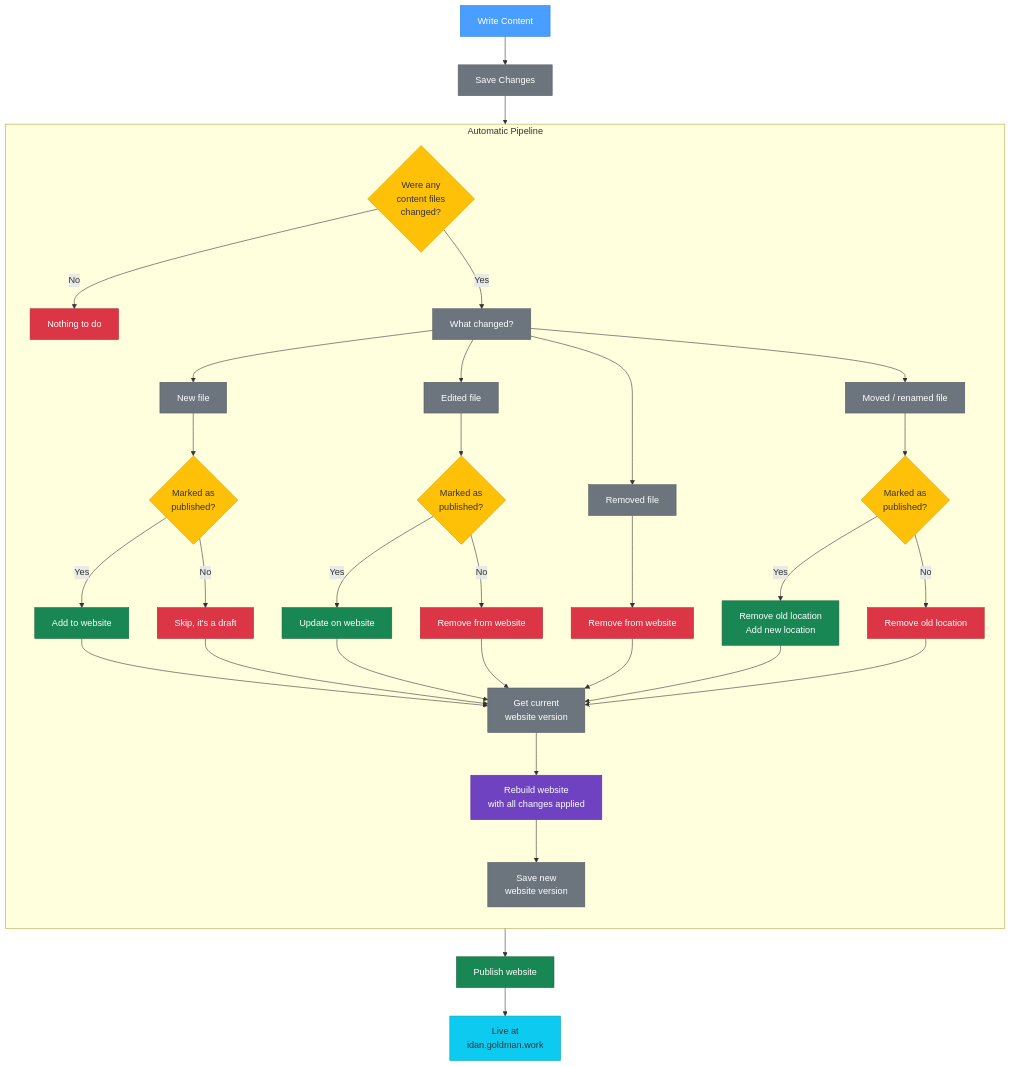
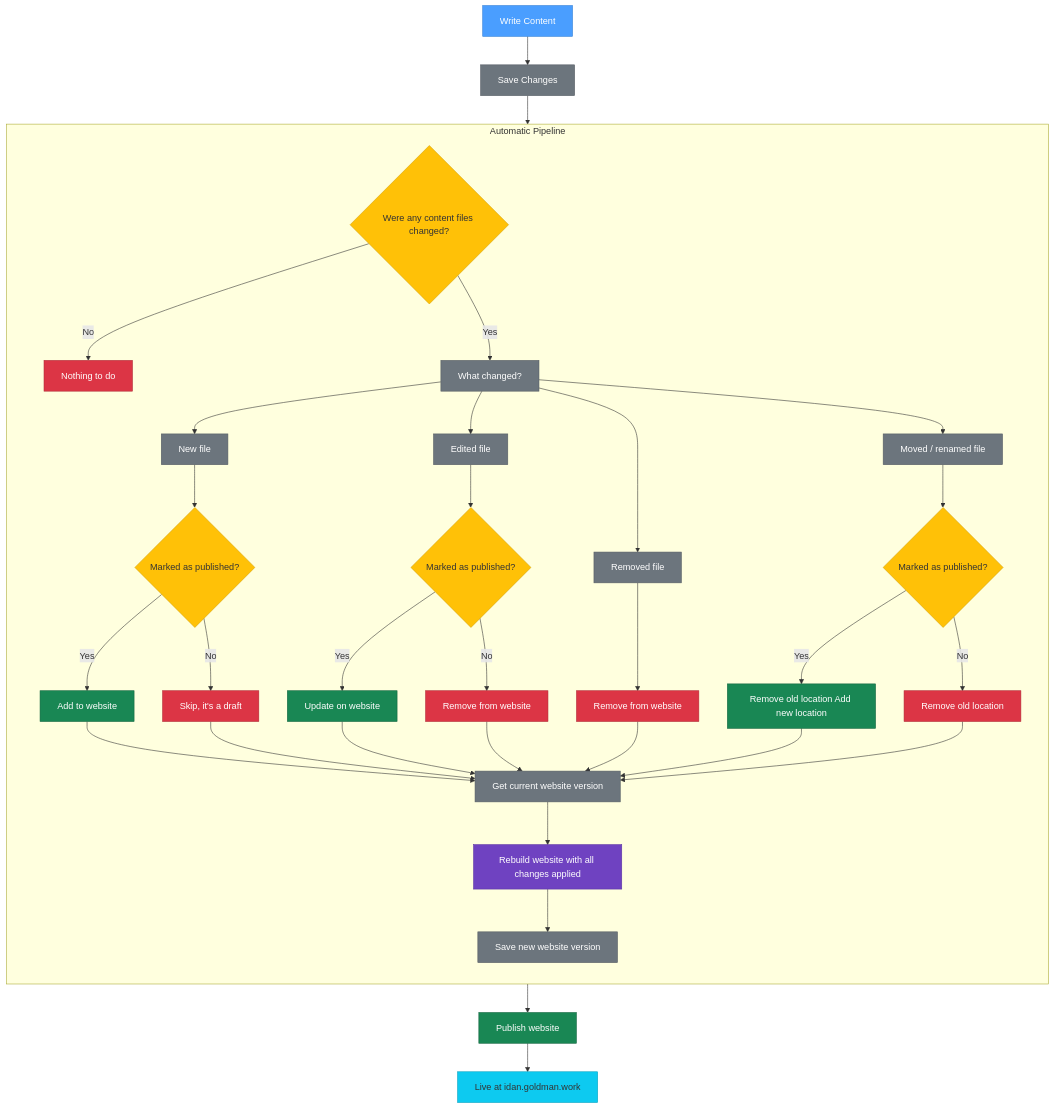
One commit to idangoldman/web changed the diagram in notebook/published/content-is-king/content.md. Above: the diagram before and after it, drawn with Mermaid.

Commit message:
Mirror of c7e0048
Updated draft content and published

````diff
--- a/notebook/published/content-is-king/content.md
+++ b/notebook/published/content-is-king/content.md
@@ -89,54 +89,54 @@
 ```mermaid
 flowchart TD
     A["Write Content"]:::write --> B["Save Changes"]:::action
 
     subgraph pipeline ["Automatic Pipeline"]
         direction TB
-        C{"Were any\ncontent files\nchanged?"}:::decision
+        C{"Were any content files changed?"}:::decision
         C -->|No| D["Nothing to do"]:::skip
         C -->|Yes| E["What changed?"]:::action
 
         E --> F["New file"]:::change
         E --> G["Edited file"]:::change
         E --> H["Removed file"]:::change
         E --> I["Moved / renamed file"]:::change
 
-        F --> J{"Marked as\npublished?"}:::decision
-        G --> K{"Marked as\npublished?"}:::decision
-        I --> L{"Marked as\npublished?"}:::decision
+        F --> J{"Marked as published?"}:::decision
+        G --> K{"Marked as published?"}:::decision
+        I --> L{"Marked as published?"}:::decision
 
         J -->|Yes| M["Add to website"]:::publish
         J -->|No| N["Skip, it's a draft"]:::skip
         K -->|Yes| O["Update on website"]:::publish
         K -->|No| P["Remove from website"]:::remove
         H --> Q["Remove from website"]:::remove
-        L -->|Yes| R["Remove old location\nAdd new location"]:::publish
+        L -->|Yes| R["Remove old location Add new location"]:::publish
         L -->|No| S["Remove old location"]:::remove
 
-        M --> T["Get current\nwebsite version"]:::action
+        M --> T["Get current website version"]:::action
         N --> T
         O --> T
         P --> T
         Q --> T
         R --> T
         S --> T
 
-        T --> U["Rebuild website\nwith all changes applied"]:::build
-        U --> V["Save new\nwebsite version"]:::action
+        T --> U["Rebuild website with all changes applied"]:::build
+        U --> V["Save new website version"]:::action
     end
 
     B --> C
     V --> W["Publish website"]:::deploy
-    W --> X["Live at\nidan.goldman.work"]:::live
+    W --> X["Live at idan.goldman.work"]:::live
 
     classDef write fill:#4a9eff,stroke:#2d7cd6,color:#fff
     classDef action fill:#6c757d,stroke:#545b62,color:#fff
     classDef decision fill:#ffc107,stroke:#d4a106,color:#333
     classDef skip fill:#dc3545,stroke:#b02a37,color:#fff
     classDef change fill:#6c757d,stroke:#545b62,color:#fff
     classDef publish fill:#198754,stroke:#13653f,color:#fff
     classDef remove fill:#dc3545,stroke:#b02a37,color:#fff
     classDef build fill:#6f42c1,stroke:#5a32a3,color:#fff
     classDef deploy fill:#198754,stroke:#13653f,color:#fff
     classDef live fill:#0dcaf0,stroke:#0aa2c0,color:#333
 ```
````
